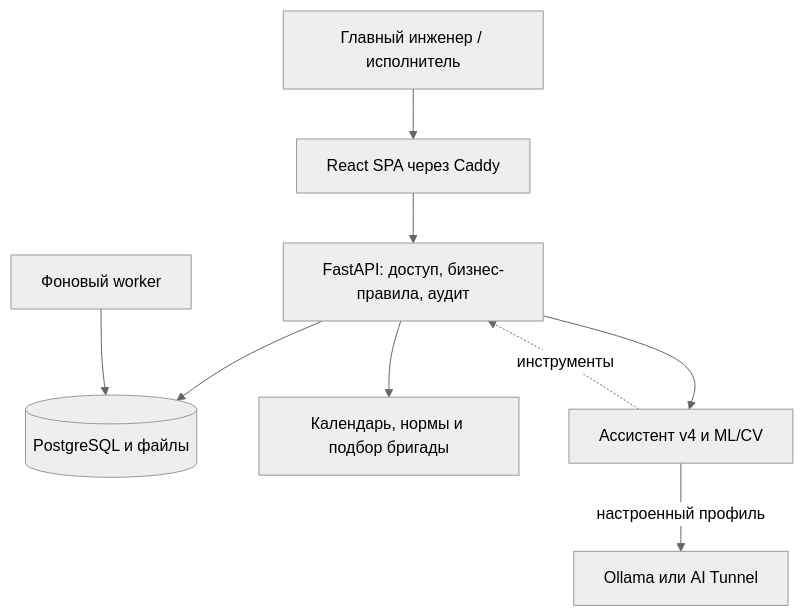
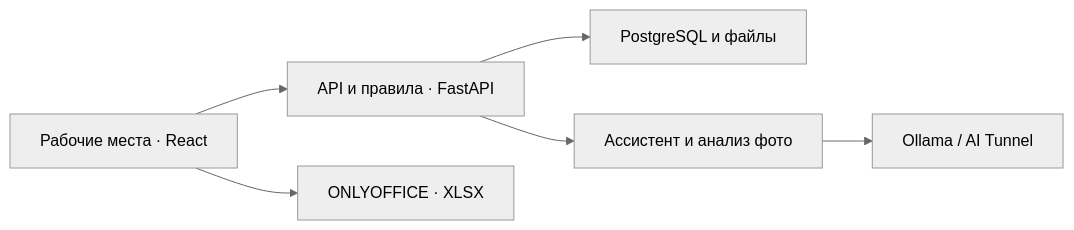
One commit to Fir-White/FixRateAI changed the diagram in README.md. Above: the diagram before and after it, drawn with Mermaid (neutral theme). The commit also changed other lines of this file and 12 other files, not shown here.

````diff
--- a/README.md
+++ b/README.md
@@ -53,11 +81,8 @@
 ```mermaid
-flowchart TB
-    User["Главный инженер / исполнитель"] --> Web["React SPA через Caddy"]
-    Web --> API["FastAPI: доступ, бизнес-правила, аудит"]
-    API --> Storage[("PostgreSQL и файлы")]
-    API --> Planning["Календарь, нормы и подбор бригады"]
-    API --> AI["Ассистент v4 и ML/CV"]
-    AI -->|настроенный профиль| Models["Ollama или AI Tunnel"]
-    AI -.->|инструменты| API
-    Worker["Фоновый worker"] --> Storage
+flowchart LR
+    UI["Рабочие места · React"] --> API["API и правила · FastAPI"]
+    API --> DB["PostgreSQL и файлы"]
+    API --> AI["Ассистент и анализ фото"]
+    AI --> Models["Ollama / AI Tunnel"]
+    UI --> Excel["ONLYOFFICE · XLSX"]
 ```
````
